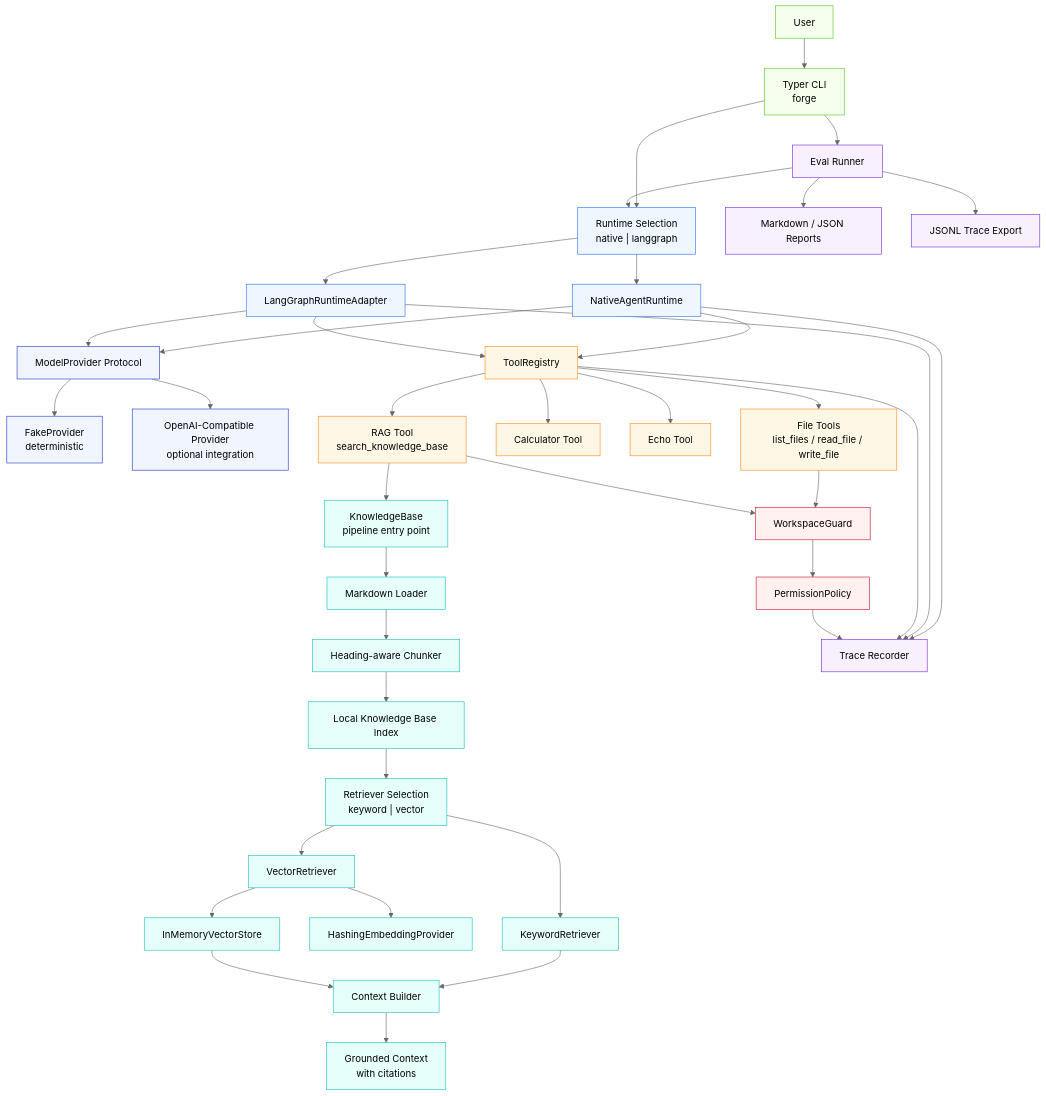
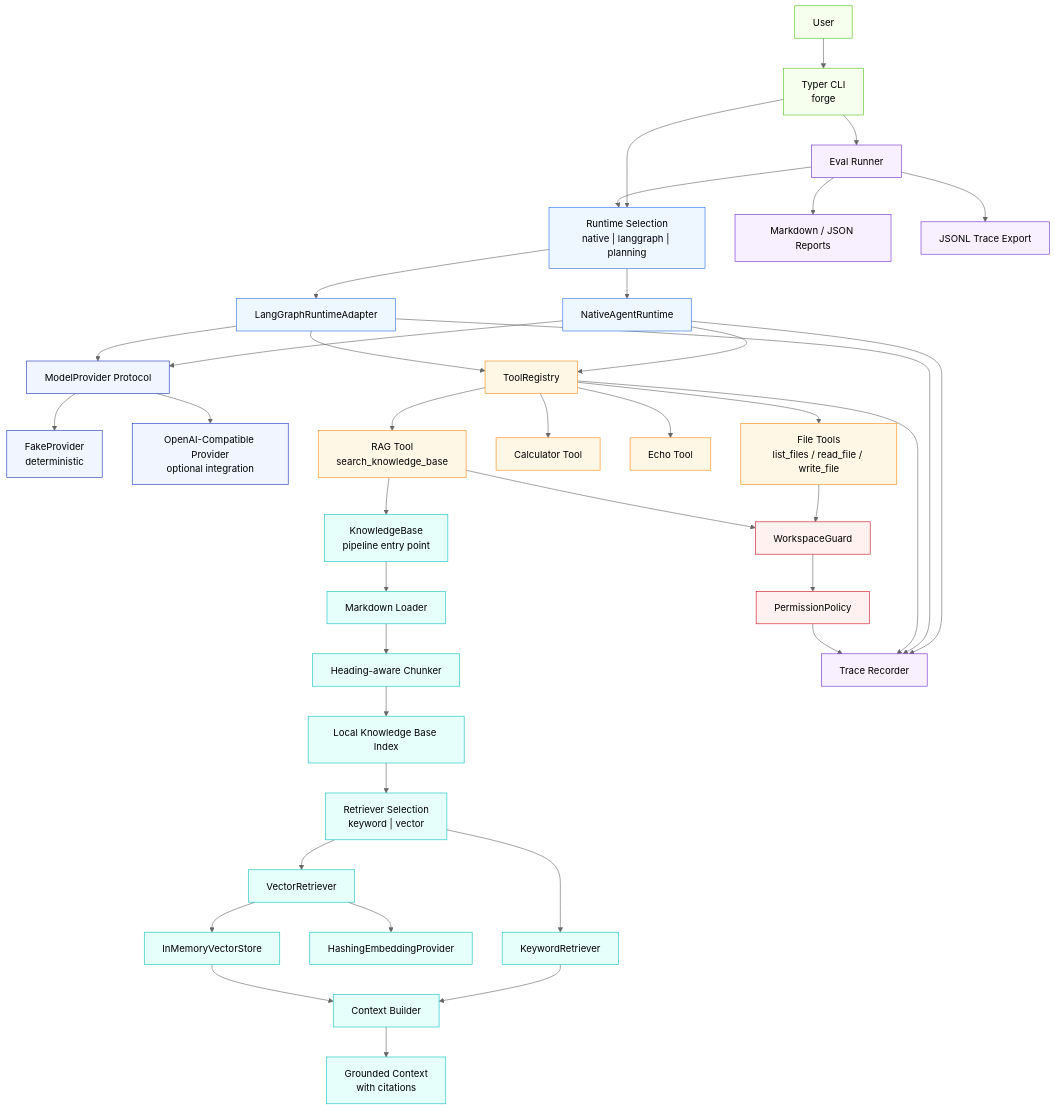
The first of 3 diagrams in README.md (Dreamer-Sea/forge-agent), drawn with Mermaid (neutral theme) before and after one commit. The commit also changed other lines of this file and 3 other files, not shown here.

Commit message:
feat(cli): expose planning runtime

````diff
--- a/README.md
+++ b/README.md
@@ -65,67 +65,67 @@
 ```mermaid
 flowchart TD
     User["User"] --> CLI["Typer CLI<br/>forge"]
 
-    CLI --> RuntimeSelection["Runtime Selection<br/>native | langgraph"]
+    CLI --> RuntimeSelection["Runtime Selection<br/>native | langgraph | planning"]
     RuntimeSelection --> NativeRuntime["NativeAgentRuntime"]
     RuntimeSelection --> LangGraphRuntime["LangGraphRuntimeAdapter"]
 
     NativeRuntime --> Provider["ModelProvider Protocol"]
     LangGraphRuntime --> Provider
     Provider --> FakeProvider["FakeProvider<br/>deterministic"]
     Provider --> OpenAICompatibleProvider["OpenAI-Compatible Provider<br/>optional integration"]
 
     NativeRuntime --> ToolRegistry["ToolRegistry"]
     LangGraphRuntime --> ToolRegistry
 
     ToolRegistry --> FileTools["File Tools<br/>list_files / read_file / write_file"]
     ToolRegistry --> CalculatorTool["Calculator Tool"]
     ToolRegistry --> EchoTool["Echo Tool"]
     ToolRegistry --> RagTool["RAG Tool<br/>search_knowledge_base"]
 
     FileTools --> WorkspaceGuard["WorkspaceGuard"]
     RagTool --> WorkspaceGuard
     WorkspaceGuard --> PermissionPolicy["PermissionPolicy"]
 
     RagTool --> KnowledgeBase["KnowledgeBase<br/>pipeline entry point"]
     KnowledgeBase --> Loader["Markdown Loader"]
     Loader --> Chunker["Heading-aware Chunker"]
     Chunker --> Index["Local Knowledge Base Index"]
 
     Index --> RetrieverSelection["Retriever Selection<br/>keyword | vector"]
     RetrieverSelection --> KeywordRetriever["KeywordRetriever"]
     RetrieverSelection --> VectorRetriever["VectorRetriever"]
 
     VectorRetriever --> EmbeddingProvider["HashingEmbeddingProvider"]
     VectorRetriever --> VectorStore["InMemoryVectorStore"]
 
     KeywordRetriever --> ContextBuilder["Context Builder"]
     VectorStore --> ContextBuilder
     ContextBuilder --> Citations["Grounded Context<br/>with citations"]
 
     NativeRuntime --> TraceRecorder["Trace Recorder"]
     LangGraphRuntime --> TraceRecorder
     ToolRegistry --> TraceRecorder
     PermissionPolicy --> TraceRecorder
 
     CLI --> EvalRunner["Eval Runner"]
     EvalRunner --> RuntimeSelection
     EvalRunner --> Reports["Markdown / JSON Reports"]
     EvalRunner --> TraceExport["JSONL Trace Export"]
 
     classDef entry fill:#f6ffed,stroke:#52c41a,stroke-width:1px;
     classDef runtime fill:#eef6ff,stroke:#2f6feb,stroke-width:1px;
     classDef provider fill:#f0f5ff,stroke:#1d39c4,stroke-width:1px;
     classDef tool fill:#fff7e6,stroke:#fa8c16,stroke-width:1px;
     classDef rag fill:#e6fffb,stroke:#13c2c2,stroke-width:1px;
     classDef security fill:#fff1f0,stroke:#cf1322,stroke-width:1px;
     classDef eval fill:#f9f0ff,stroke:#722ed1,stroke-width:1px;
 
     class User,CLI entry;
     class RuntimeSelection,NativeRuntime,LangGraphRuntime runtime;
     class Provider,FakeProvider,OpenAICompatibleProvider provider;
     class ToolRegistry,FileTools,CalculatorTool,EchoTool,RagTool tool;
     class KnowledgeBase,Loader,Chunker,Index,RetrieverSelection,KeywordRetriever,VectorRetriever,EmbeddingProvider,VectorStore,ContextBuilder,Citations rag;
     class WorkspaceGuard,PermissionPolicy security;
     class TraceRecorder,EvalRunner,Reports,TraceExport eval;
 ```
````
